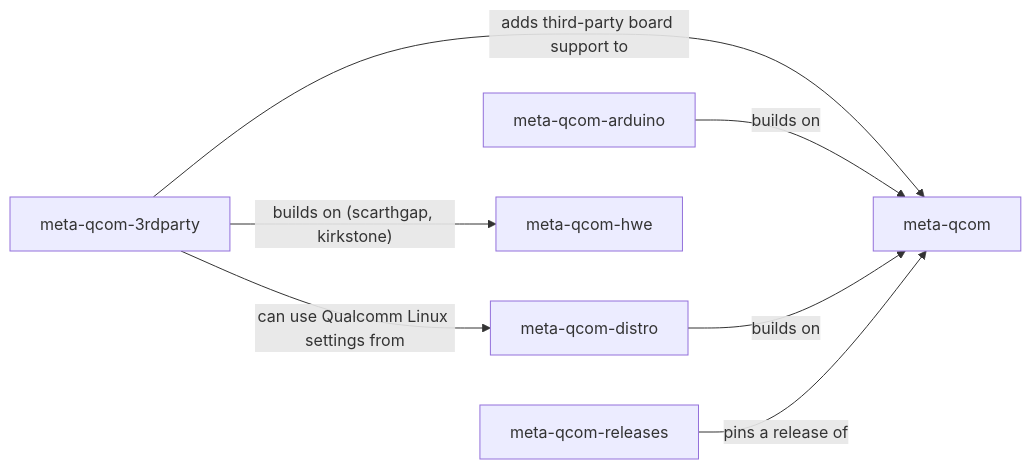
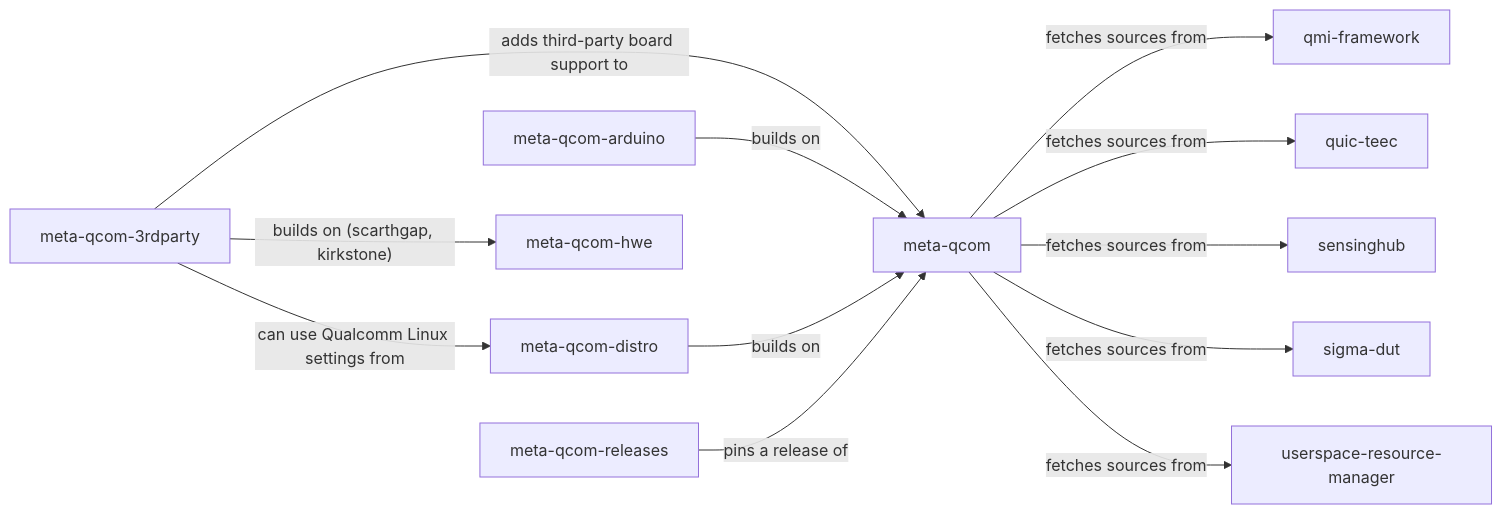
The second of 6 diagrams in README.md (devdocsorg/qualcomm-repository-map), drawn with Mermaid before and after one commit. The commit also changed other lines of this file and 2 other files, not shown here.

````diff
--- a/README.md
+++ b/README.md
@@ -99,21 +99,36 @@
 ```mermaid
 flowchart LR
     r0["meta-qcom"]
     click r0 href "https://github.com/qualcomm-linux/meta-qcom" _blank
     r1["meta-qcom-3rdparty"]
     click r1 href "https://github.com/qualcomm-linux/meta-qcom-3rdparty" _blank
     r2["meta-qcom-arduino"]
     click r2 href "https://github.com/qualcomm-linux/meta-qcom-arduino" _blank
     r3["meta-qcom-distro"]
     click r3 href "https://github.com/qualcomm-linux/meta-qcom-distro" _blank
     r4["meta-qcom-hwe"]
     click r4 href "https://github.com/qualcomm-linux/meta-qcom-hwe" _blank
     r5["meta-qcom-releases"]
     click r5 href "https://github.com/qualcomm-linux/meta-qcom-releases" _blank
+    r6["qmi-framework"]
+    click r6 href "https://github.com/qualcomm/qmi-framework" _blank
+    r7["quic-teec"]
+    click r7 href "https://github.com/qualcomm/quic-teec" _blank
+    r8["sensinghub"]
+    click r8 href "https://github.com/qualcomm/sensinghub" _blank
+    r9["sigma-dut"]
+    click r9 href "https://github.com/qualcomm/sigma-dut" _blank
+    r10["userspace-resource-manager"]
+    click r10 href "https://github.com/qualcomm/userspace-resource-manager" _blank
+    r0 -->|"fetches sources from"| r6
+    r0 -->|"fetches sources from"| r7
+    r0 -->|"fetches sources from"| r8
+    r0 -->|"fetches sources from"| r9
+    r0 -->|"fetches sources from"| r10
     r1 -->|"adds third-party board support to"| r0
     r1 -->|"can use Qualcomm Linux settings from"| r3
     r1 -->|"builds on (scarthgap, kirkstone)"| r4
     r2 -->|"builds on"| r0
     r3 -->|"builds on"| r0
     r5 -->|"pins a release of"| r0
 ```
````
